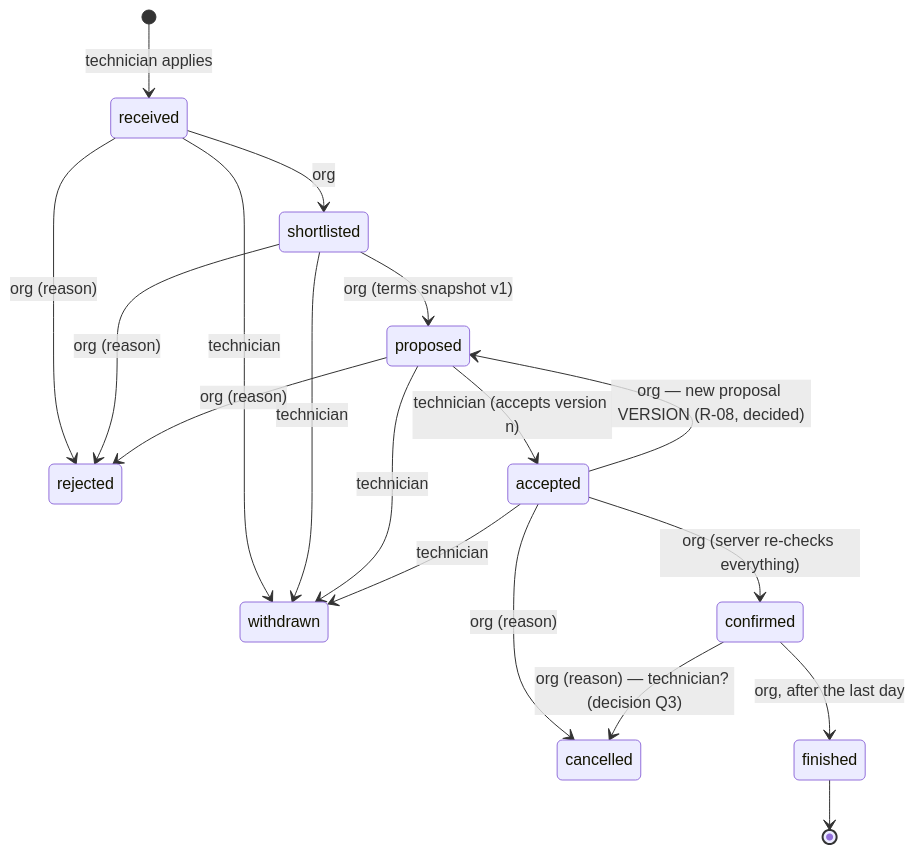
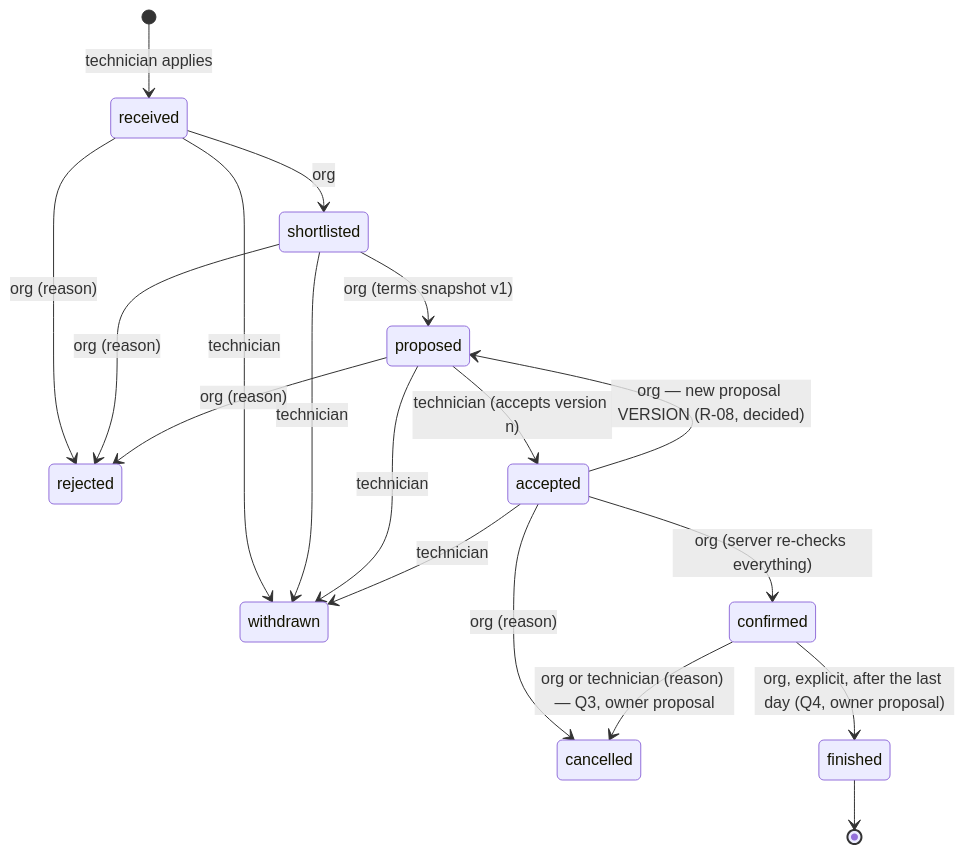
Before and after one commit to paura432/Crew_Flex: the diagram in docs/product/APPLICATIONS_STATE_MACHINE.md, drawn with Mermaid. The commit also changed other lines of this file and 8 other files, not shown here.

````diff
--- a/docs/product/APPLICATIONS_STATE_MACHINE.md
+++ b/docs/product/APPLICATIONS_STATE_MACHINE.md
@@ -26,20 +26,20 @@
 ```mermaid
 stateDiagram-v2
   [*] --> received: technician applies
   received --> shortlisted: org
   received --> rejected: org (reason)
   received --> withdrawn: technician
   shortlisted --> proposed: org (terms snapshot v1)
   shortlisted --> rejected: org (reason)
   shortlisted --> withdrawn: technician
   proposed --> accepted: technician (accepts version n)
   proposed --> rejected: org (reason)
   proposed --> withdrawn: technician
   accepted --> proposed: org — new proposal VERSION (R-08, decided)
   accepted --> confirmed: org (server re-checks everything)
   accepted --> withdrawn: technician
   accepted --> cancelled: org (reason)
-  confirmed --> finished: org, after the last day
-  confirmed --> cancelled: org (reason) — technician? (decision Q3)
+  confirmed --> finished: org, explicit, after the last day (Q4, owner proposal)
+  confirmed --> cancelled: org or technician (reason) — Q3, owner proposal
   finished --> [*]
 ```
````
